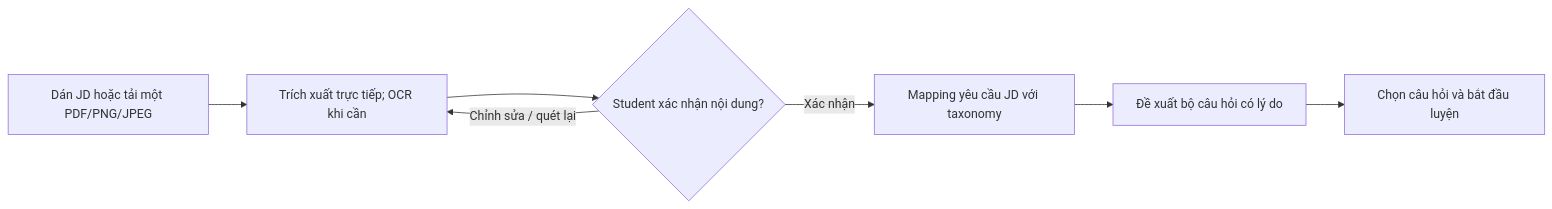
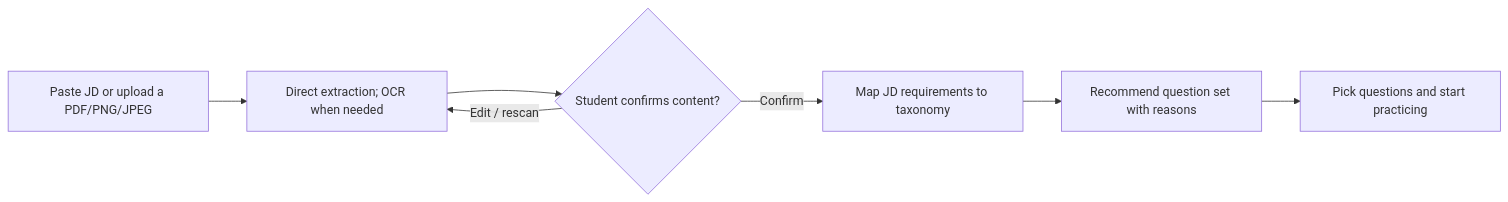
One commit to tnnhuaa/InterviewQuestionBank changed the second of 4 diagrams in docs/Project_Prototype/Prototype_Workflow.md. Above: the diagram before and after it, drawn with Mermaid. The commit also changed other lines of this file and 19 other files, not shown here.

````diff
--- a/docs/Project_Prototype/Prototype_Workflow.md
+++ b/docs/Project_Prototype/Prototype_Workflow.md
@@ -59,9 +59,9 @@
 ```mermaid
 flowchart LR
-    I["Dán JD hoặc tải một PDF/PNG/JPEG"] --> O["Trích xuất trực tiếp; OCR khi cần"]
-    O --> V{"Student xác nhận nội dung?"}
-    V -- "Chỉnh sửa / quét lại" --> O
-    V -- "Xác nhận" --> M["Mapping yêu cầu JD với taxonomy"]
-    M --> R["Đề xuất bộ câu hỏi có lý do"]
-    R --> P["Chọn câu hỏi và bắt đầu luyện"]
+    I["Paste JD or upload a PDF/PNG/JPEG"] --> O["Direct extraction; OCR when needed"]
+    O --> V{"Student confirms content?"}
+    V -- "Edit / rescan" --> O
+    V -- "Confirm" --> M["Map JD requirements to taxonomy"]
+    M --> R["Recommend question set with reasons"]
+    R --> P["Pick questions and start practicing"]
 ```
````
